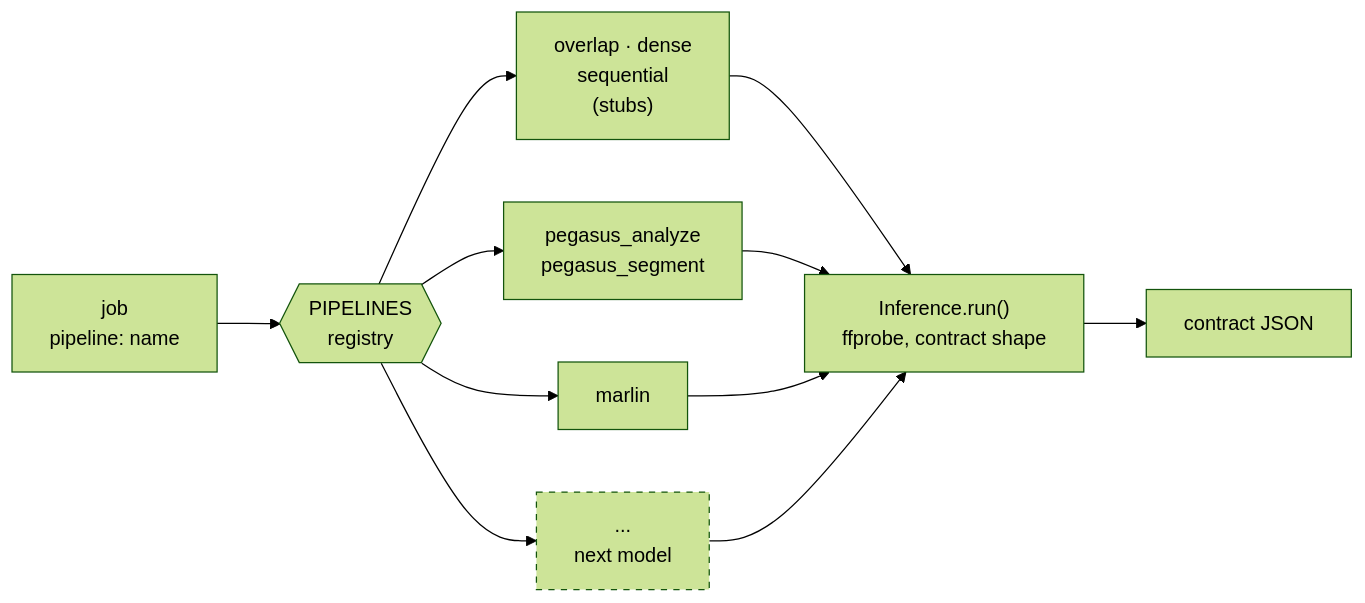
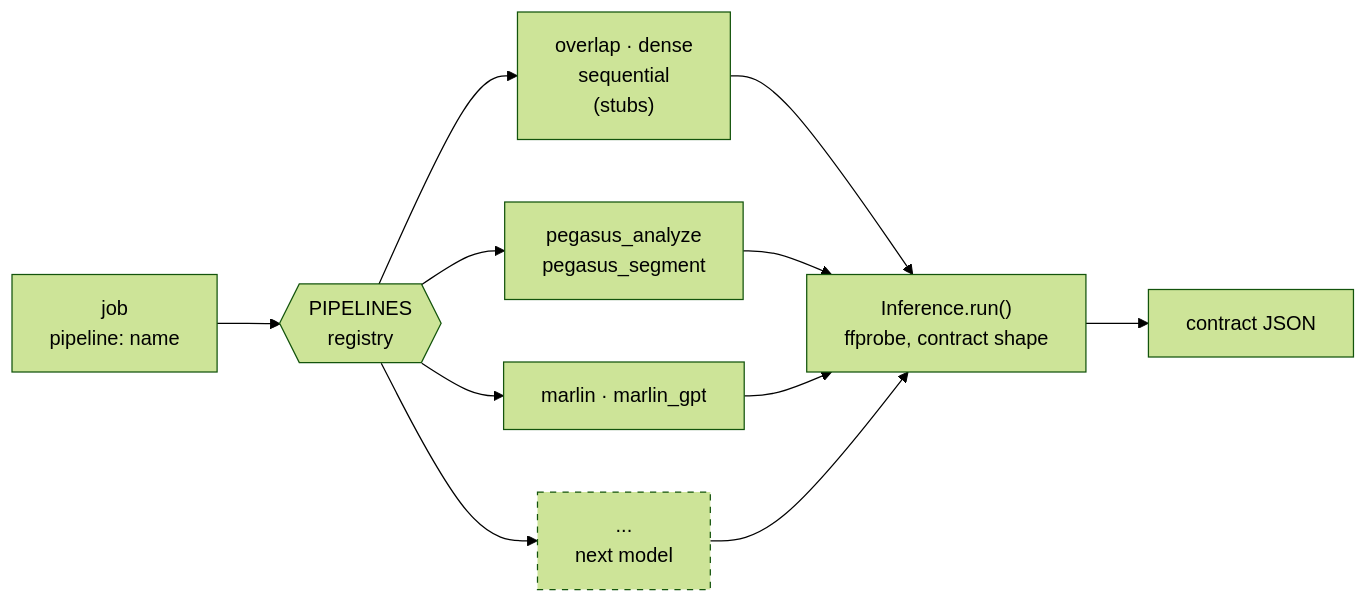
One commit to sadjava/boundr changed the fourth of 6 diagrams in docs/diagrams.md. Above: the diagram before and after it, drawn with Mermaid (forest theme). The commit also changed other lines of this file and 29 other files, not shown here.

````diff
--- a/docs/diagrams.md
+++ b/docs/diagrams.md
@@ -104,16 +106,16 @@
 ```mermaid
 flowchart LR
     JOB["job<br/>pipeline: name"] --> REG{{"PIPELINES<br/>registry"}}
     REG --> O["overlap · dense<br/>sequential<br/>(stubs)"]
     REG --> PG["pegasus_analyze<br/>pegasus_segment"]
-    REG --> MR["marlin"]
+    REG --> MR["marlin · marlin_gpt"]
     REG --> NEXT["...<br/>next model"]
 
     O --> BASE["Inference.run()<br/>ffprobe, contract shape"]
     PG --> BASE
     MR --> BASE
     NEXT --> BASE
     BASE --> OUT["contract JSON"]
 
     style NEXT stroke-dasharray: 5 5
 ```
````
